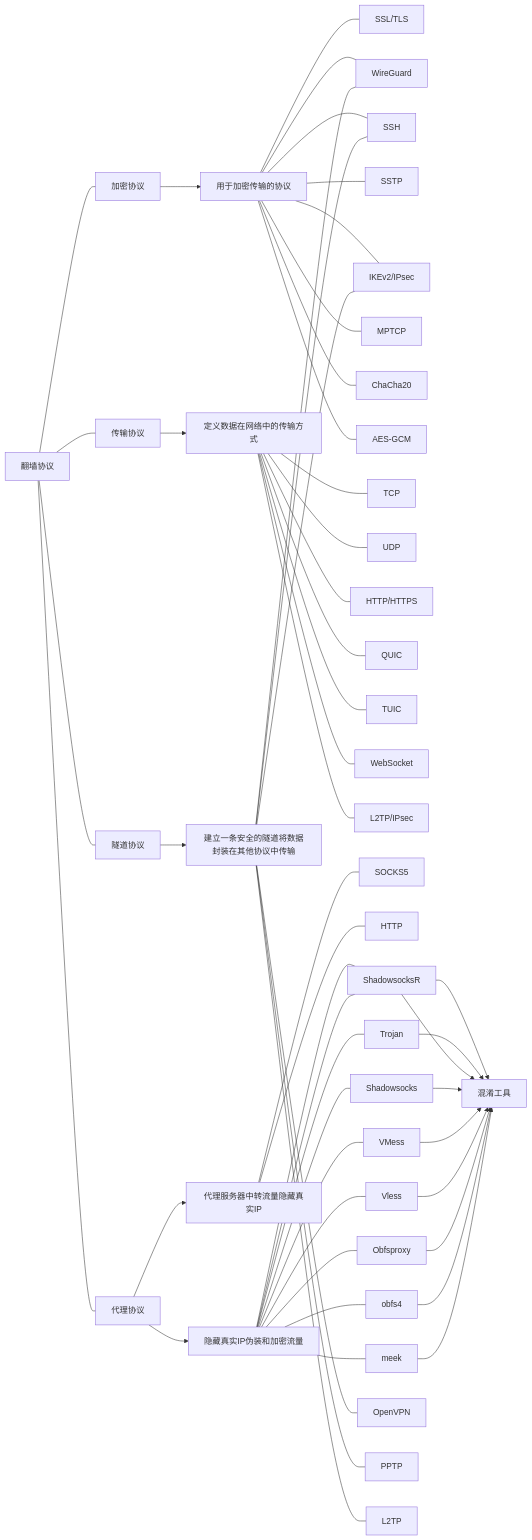
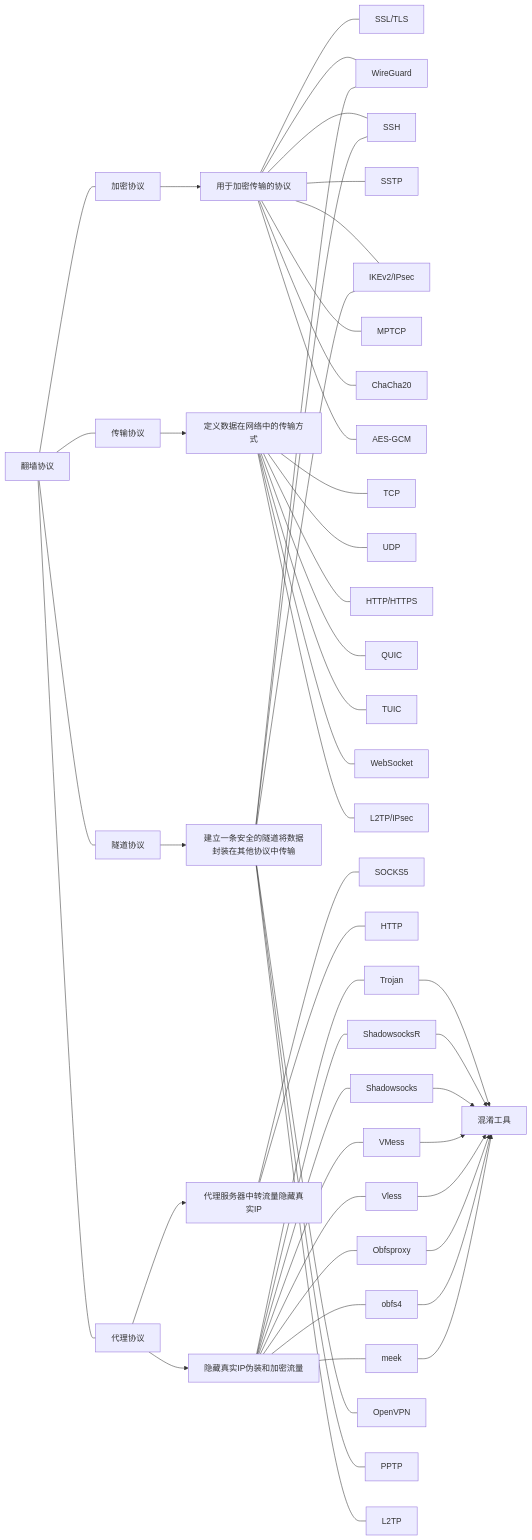
Before and after one commit to baib-web/flowershow: the diagram in content/🛜科学上网/翻墙协议讲解.md, drawn with Mermaid. The commit also changed other lines of this file, not shown here.

```diff
--- a/content/🛜科学上网/翻墙协议讲解.md
+++ b/content/🛜科学上网/翻墙协议讲解.md
@@ -63,8 +63,6 @@
 
 代理协议 --> 隐藏真实IP伪装和加密流量
 
-隐藏真实IP伪装和加密流量 --- ShadowsocksR --> 混淆工具
-
 隐藏真实IP伪装和加密流量 --- Trojan --> 混淆工具
 
 隐藏真实IP伪装和加密流量 --- ShadowsocksR --> 混淆工具
```
